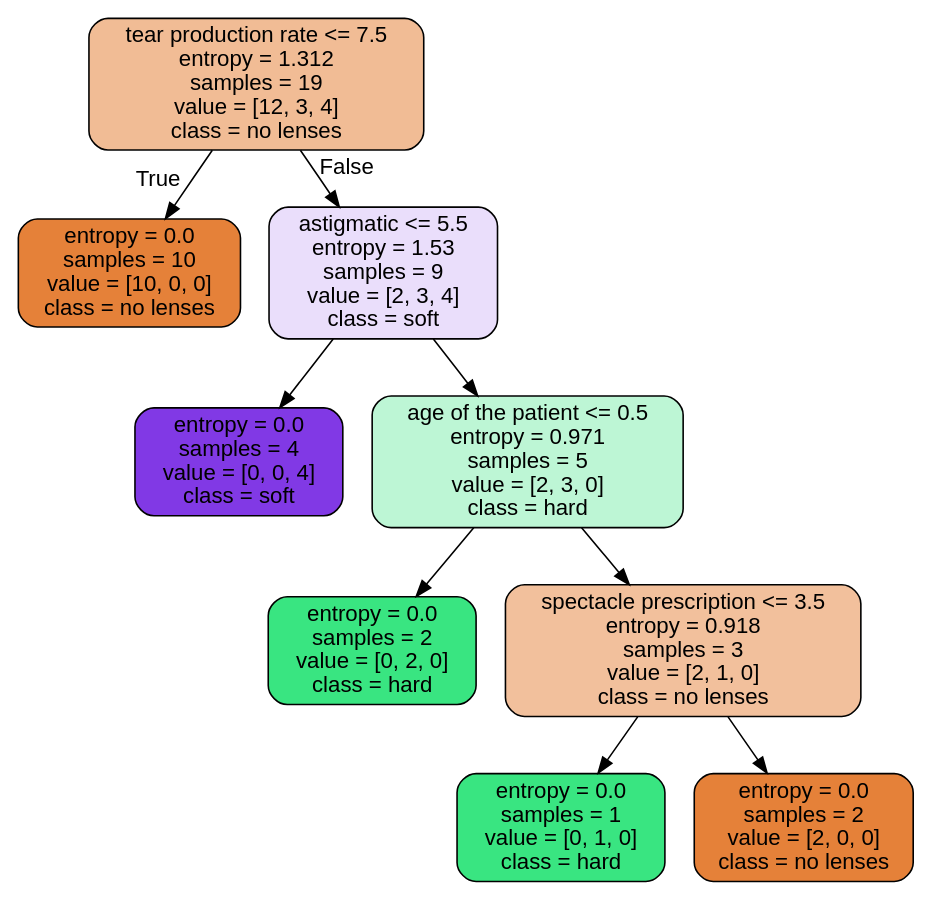
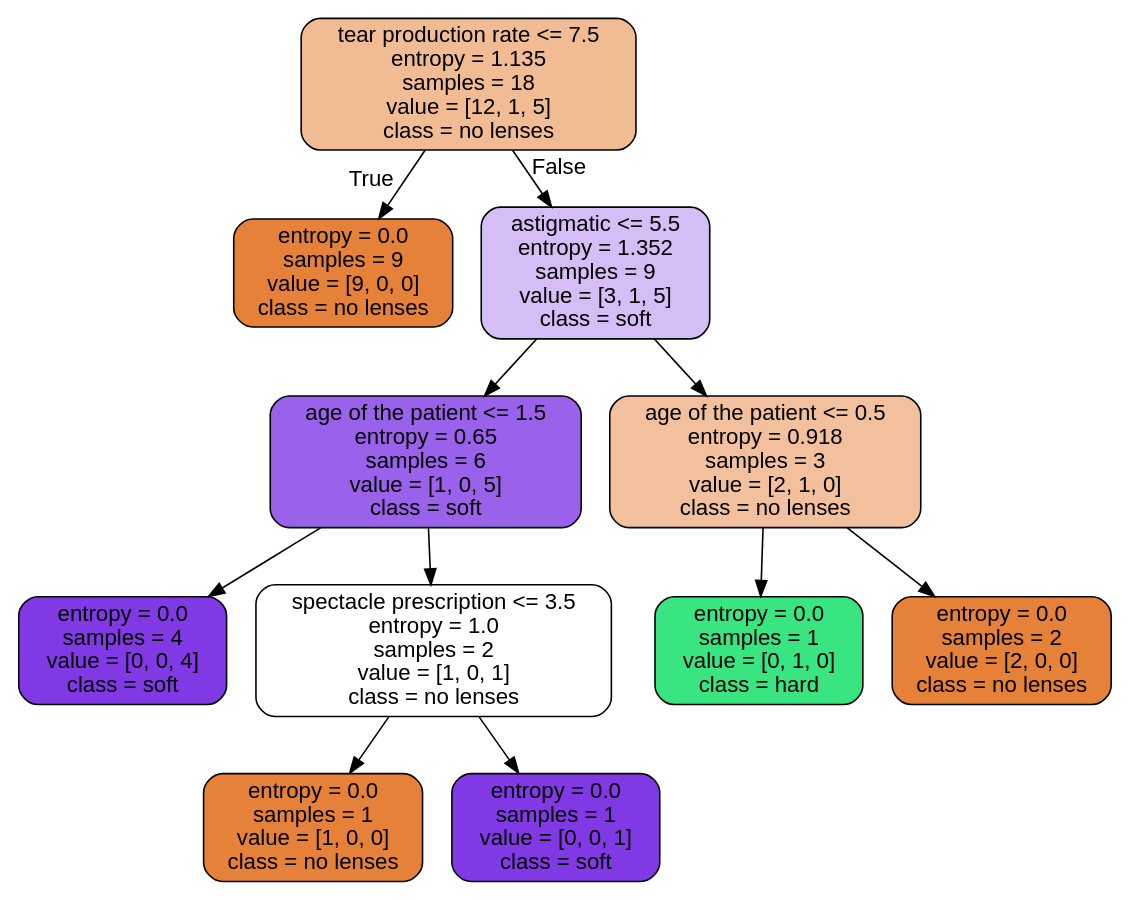
The diagram in 实验课程作业/part1/iris_tree.dot (gaowanlu/MachineLearning-DeepLearning), drawn with Graphviz before and after one commit. The commit also changed 3 other files, not shown here.

```diff
--- a/实验课程作业/part1/iris_tree.dot
+++ b/实验课程作业/part1/iris_tree.dot
@@ -1,21 +1,25 @@
 digraph Tree {
 node [shape=box, style="filled, rounded", color="black", fontname=helvetica] ;
 edge [fontname=helvetica] ;
-0 [label="tear production rate <= 7.5\nentropy = 1.312\nsamples = 19\nvalue = [12, 3, 4]\nclass = no lenses", fillcolor="#f1bc95"] ;
-1 [label="entropy = 0.0\nsamples = 10\nvalue = [10, 0, 0]\nclass = no lenses", fillcolor="#e58139"] ;
+0 [label="tear production rate <= 7.5\nentropy = 1.135\nsamples = 18\nvalue = [12, 1, 5]\nclass = no lenses", fillcolor="#f1bb94"] ;
+1 [label="entropy = 0.0\nsamples = 9\nvalue = [9, 0, 0]\nclass = no lenses", fillcolor="#e58139"] ;
 0 -> 1 [labeldistance=2.5, labelangle=45, headlabel="True"] ;
-2 [label="astigmatic <= 5.5\nentropy = 1.53\nsamples = 9\nvalue = [2, 3, 4]\nclass = soft", fillcolor="#eadefb"] ;
+2 [label="astigmatic <= 5.5\nentropy = 1.352\nsamples = 9\nvalue = [3, 1, 5]\nclass = soft", fillcolor="#d5bdf6"] ;
 0 -> 2 [labeldistance=2.5, labelangle=-45, headlabel="False"] ;
-3 [label="entropy = 0.0\nsamples = 4\nvalue = [0, 0, 4]\nclass = soft", fillcolor="#8139e5"] ;
+3 [label="age of the patient <= 1.5\nentropy = 0.65\nsamples = 6\nvalue = [1, 0, 5]\nclass = soft", fillcolor="#9a61ea"] ;
 2 -> 3 ;
-4 [label="age of the patient <= 0.5\nentropy = 0.971\nsamples = 5\nvalue = [2, 3, 0]\nclass = hard", fillcolor="#bdf6d5"] ;
-2 -> 4 ;
-5 [label="entropy = 0.0\nsamples = 2\nvalue = [0, 2, 0]\nclass = hard", fillcolor="#39e581"] ;
-4 -> 5 ;
-6 [label="spectacle prescription <= 3.5\nentropy = 0.918\nsamples = 3\nvalue = [2, 1, 0]\nclass = no lenses", fillcolor="#f2c09c"] ;
-4 -> 6 ;
-7 [label="entropy = 0.0\nsamples = 1\nvalue = [0, 1, 0]\nclass = hard", fillcolor="#39e581"] ;
-6 -> 7 ;
-8 [label="entropy = 0.0\nsamples = 2\nvalue = [2, 0, 0]\nclass = no lenses", fillcolor="#e58139"] ;
-6 -> 8 ;
+4 [label="entropy = 0.0\nsamples = 4\nvalue = [0, 0, 4]\nclass = soft", fillcolor="#8139e5"] ;
+3 -> 4 ;
+5 [label="spectacle prescription <= 3.5\nentropy = 1.0\nsamples = 2\nvalue = [1, 0, 1]\nclass = no lenses", fillcolor="#ffffff"] ;
+3 -> 5 ;
+6 [label="entropy = 0.0\nsamples = 1\nvalue = [1, 0, 0]\nclass = no lenses", fillcolor="#e58139"] ;
+5 -> 6 ;
+7 [label="entropy = 0.0\nsamples = 1\nvalue = [0, 0, 1]\nclass = soft", fillcolor="#8139e5"] ;
+5 -> 7 ;
+8 [label="age of the patient <= 0.5\nentropy = 0.918\nsamples = 3\nvalue = [2, 1, 0]\nclass = no lenses", fillcolor="#f2c09c"] ;
+2 -> 8 ;
+9 [label="entropy = 0.0\nsamples = 1\nvalue = [0, 1, 0]\nclass = hard", fillcolor="#39e581"] ;
+8 -> 9 ;
+10 [label="entropy = 0.0\nsamples = 2\nvalue = [2, 0, 0]\nclass = no lenses", fillcolor="#e58139"] ;
+8 -> 10 ;
 }
```
